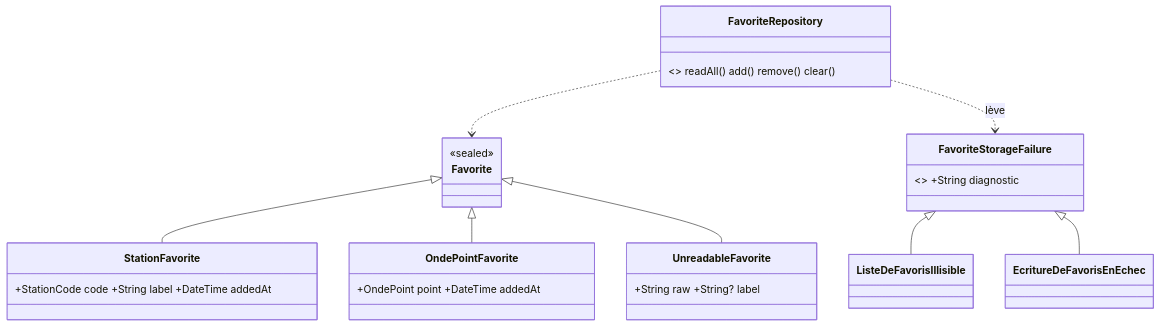
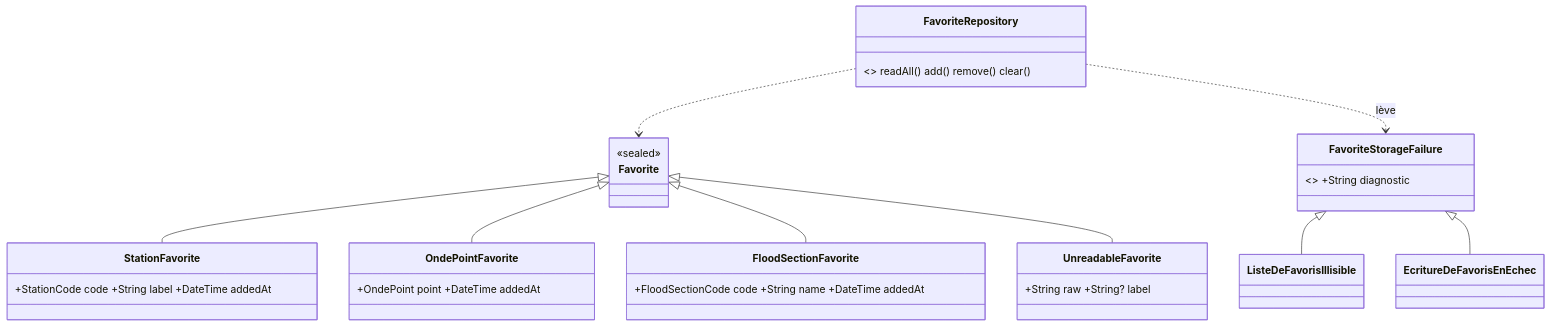
One commit to HubEauContrib/MartinPecheur changed the first of 2 diagrams in docs/domain-model.md. Above: the diagram before and after it, drawn with Mermaid. The commit also changed other lines of this file and 10 other files, not shown here.

````diff
--- a/docs/domain-model.md
+++ b/docs/domain-model.md
@@ -218,18 +220,20 @@
 ```mermaid
 classDiagram
     class Favorite { <<sealed>> }
     class StationFavorite { +StationCode code +String label +DateTime addedAt }
     class OndePointFavorite { +OndePoint point +DateTime addedAt }
+    class FloodSectionFavorite { +FloodSectionCode code +String name +DateTime addedAt }
     class UnreadableFavorite { +String raw +String? label }
     class FavoriteRepository { <<interface>> readAll() add() remove() clear() }
     class FavoriteStorageFailure { <<sealed>> +String diagnostic }
     class ListeDeFavorisIllisible
     class EcritureDeFavorisEnEchec
     Favorite <|-- StationFavorite
     Favorite <|-- OndePointFavorite
+    Favorite <|-- FloodSectionFavorite
     Favorite <|-- UnreadableFavorite
     FavoriteRepository ..> Favorite
     FavoriteRepository ..> FavoriteStorageFailure : lève
     FavoriteStorageFailure <|-- ListeDeFavorisIllisible
     FavoriteStorageFailure <|-- EcritureDeFavorisEnEchec
 ```
````
